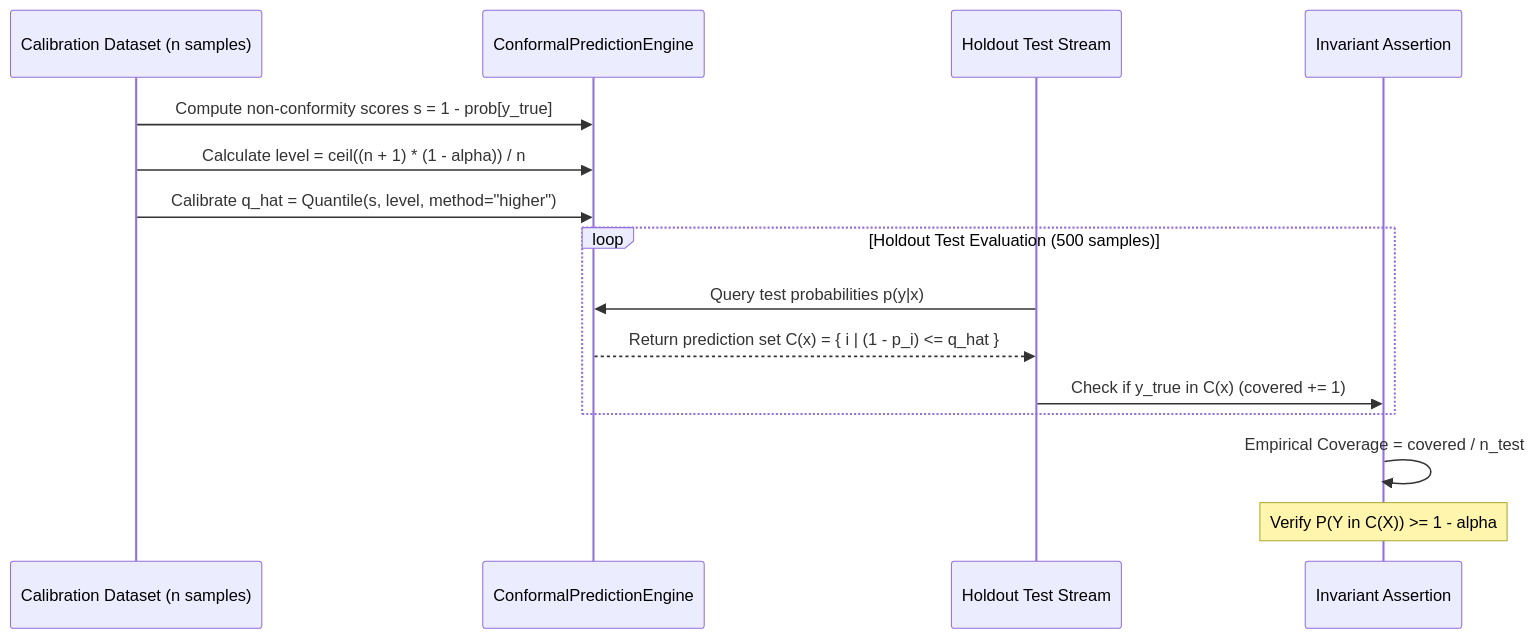
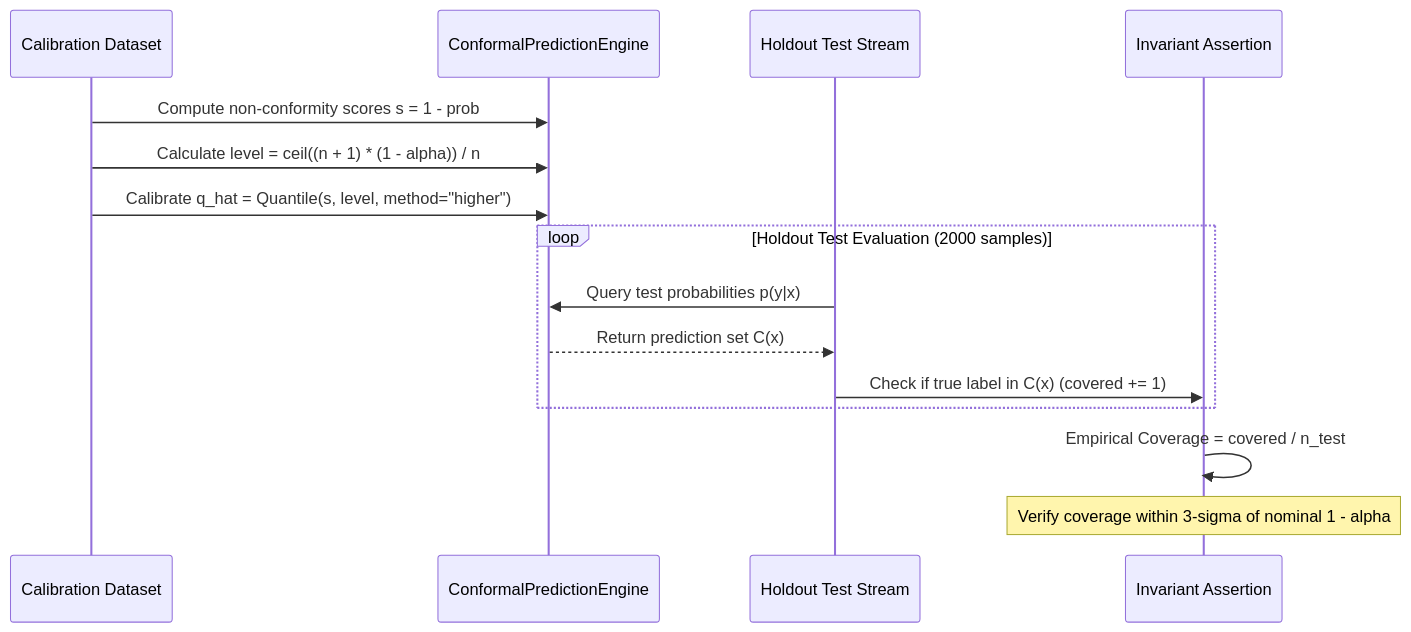
Before and after one commit to foersben/taxon-vision-mlops: the second of 4 diagrams in openwiki/testing/test-strategy-and-invariants.md, drawn with Mermaid. The commit also changed other lines of this file and 27 other files, not shown here.

````diff
--- a/openwiki/testing/test-strategy-and-invariants.md
+++ b/openwiki/testing/test-strategy-and-invariants.md
@@ -133,20 +160,20 @@
 ```mermaid
 sequenceDiagram
-    participant CAL as Calibration Dataset (n samples)
+    participant CAL as Calibration Dataset
     participant ENG as ConformalPredictionEngine
     participant EVAL as Holdout Test Stream
     participant INV as Invariant Assertion
 
-    CAL->>ENG: Compute non-conformity scores s = 1 - prob[y_true]
+    CAL->>ENG: Compute non-conformity scores s = 1 - prob
     CAL->>ENG: Calculate level = ceil((n + 1) * (1 - alpha)) / n
     CAL->>ENG: Calibrate q_hat = Quantile(s, level, method="higher")
     
-    loop Holdout Test Evaluation (500 samples)
+    loop Holdout Test Evaluation (2000 samples)
         EVAL->>ENG: Query test probabilities p(y|x)
-        ENG-->>EVAL: Return prediction set C(x) = { i | (1 - p_i) <= q_hat }
-        EVAL->>INV: Check if y_true in C(x) (covered += 1)
+        ENG-->>EVAL: Return prediction set C(x)
+        EVAL->>INV: Check if true label in C(x) (covered += 1)
     end
     
     INV->>INV: Empirical Coverage = covered / n_test
-    Note over INV: Verify P(Y in C(X)) >= 1 - alpha
+    Note over INV: Verify coverage within 3-sigma of nominal 1 - alpha
 ```
````
